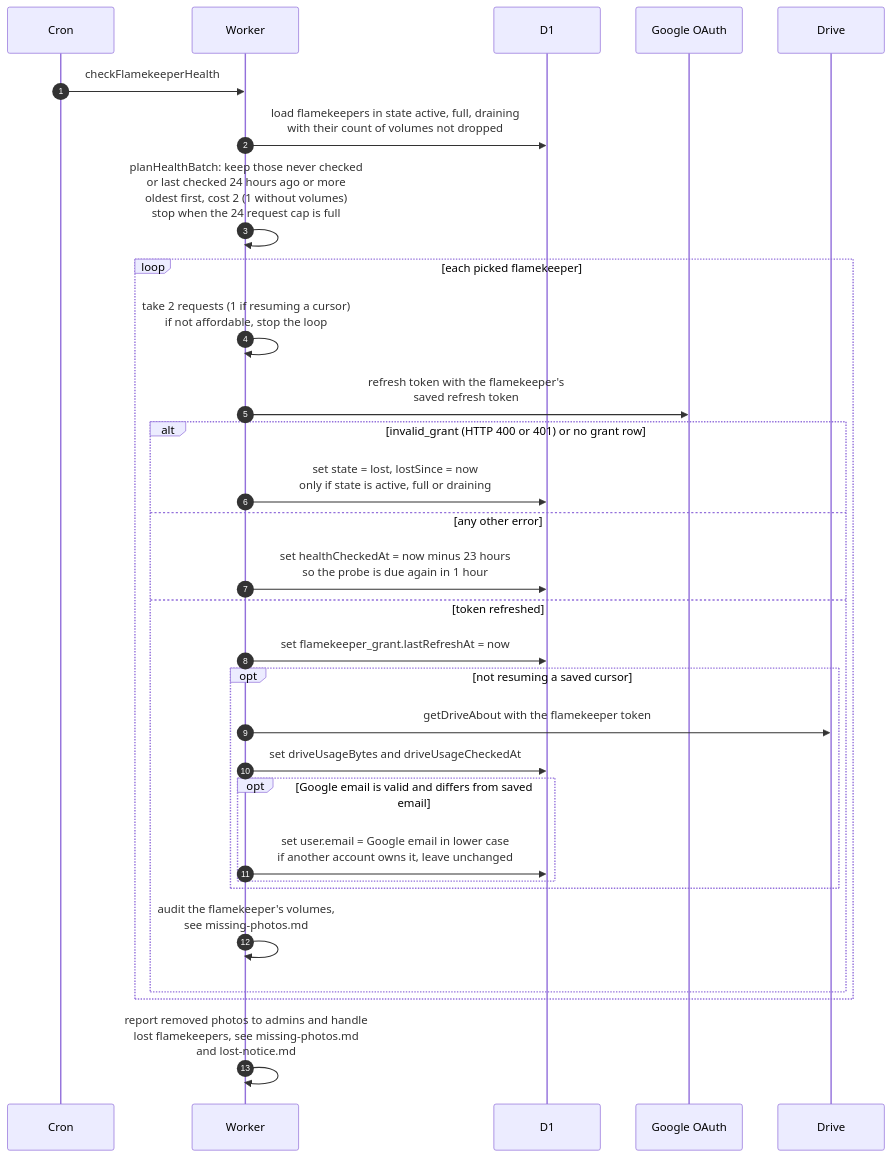
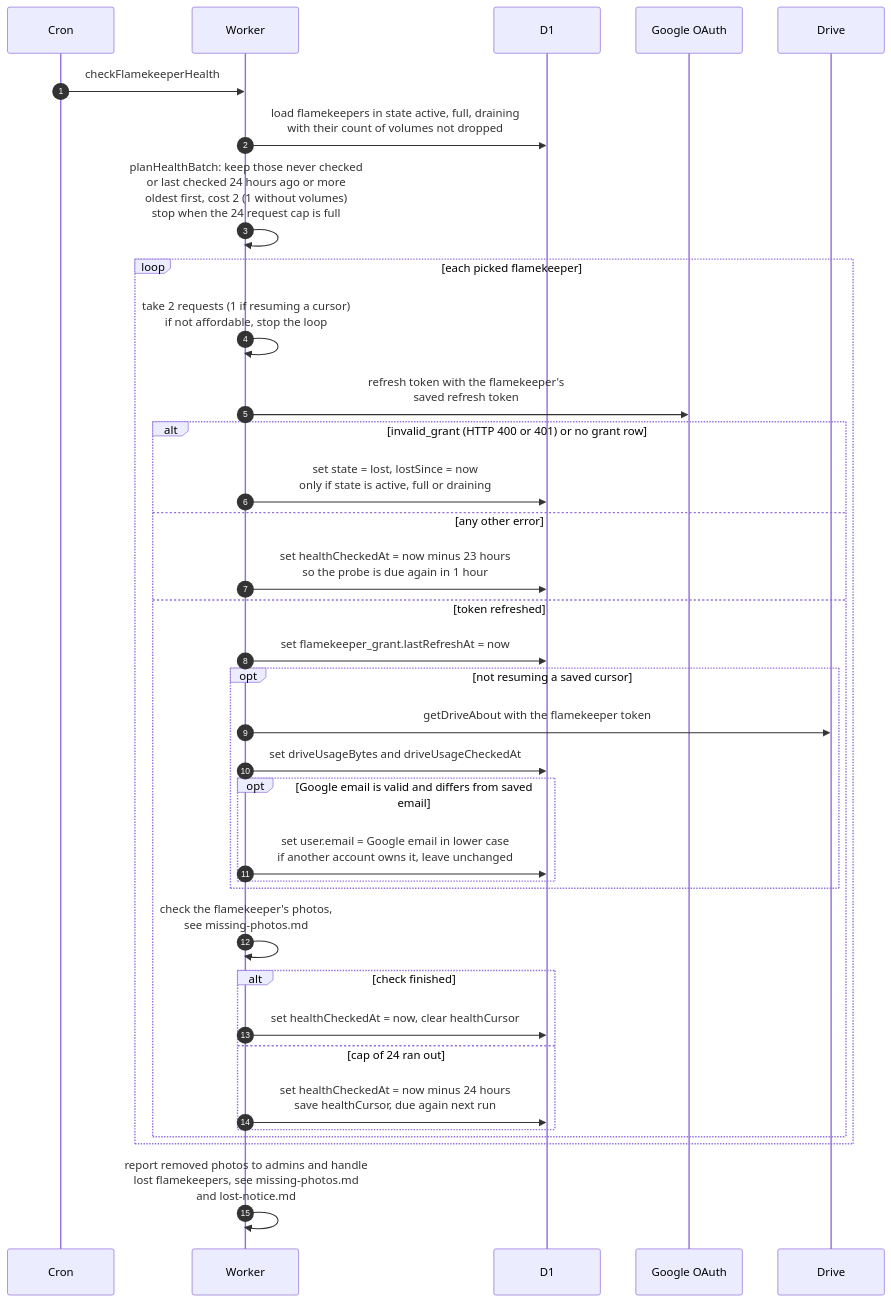
Before and after one commit to sagyzdop/meriksirat: the diagram in docs/scenarios/cron/flamekeepers/health-probe.md, drawn with Mermaid. The commit also changed other lines of this file and 10 other files, not shown here.

Commit message:
docs(scenarios): verify cron/flamekeepers diagrams against code

````diff
--- a/docs/scenarios/cron/flamekeepers/health-probe.md
+++ b/docs/scenarios/cron/flamekeepers/health-probe.md
@@ -34,33 +43,38 @@
 ```mermaid
 sequenceDiagram
     autonumber
     participant Cron
     participant Worker
     participant D1
     participant GO as Google OAuth
     participant Drive
 
     Cron->>Worker: checkFlamekeeperHealth
     Worker->>D1: load flamekeepers in state active, full, draining<br/>with their count of volumes not dropped
     Worker->>Worker: planHealthBatch: keep those never checked<br/>or last checked 24 hours ago or more<br/>oldest first, cost 2 (1 without volumes)<br/>stop when the 24 request cap is full
     loop each picked flamekeeper
         Worker->>Worker: take 2 requests (1 if resuming a cursor)<br/>if not affordable, stop the loop
         Worker->>GO: refresh token with the flamekeeper's<br/>saved refresh token
         alt invalid_grant (HTTP 400 or 401) or no grant row
             Worker->>D1: set state = lost, lostSince = now<br/>only if state is active, full or draining
         else any other error
             Worker->>D1: set healthCheckedAt = now minus 23 hours<br/>so the probe is due again in 1 hour
         else token refreshed
             Worker->>D1: set flamekeeper_grant.lastRefreshAt = now
             opt not resuming a saved cursor
                 Worker->>Drive: getDriveAbout with the flamekeeper token
                 Worker->>D1: set driveUsageBytes and driveUsageCheckedAt
                 opt Google email is valid and differs from saved email
                     Worker->>D1: set user.email = Google email in lower case<br/>if another account owns it, leave unchanged
                 end
             end
-            Worker->>Worker: audit the flamekeeper's volumes,<br/>see missing-photos.md
+            Worker->>Worker: check the flamekeeper's photos,<br/>see missing-photos.md
+            alt check finished
+                Worker->>D1: set healthCheckedAt = now, clear healthCursor
+            else cap of 24 ran out
+                Worker->>D1: set healthCheckedAt = now minus 24 hours<br/>save healthCursor, due again next run
+            end
         end
     end
     Worker->>Worker: report removed photos to admins and handle<br/>lost flamekeepers, see missing-photos.md<br/>and lost-notice.md
 ```
````
